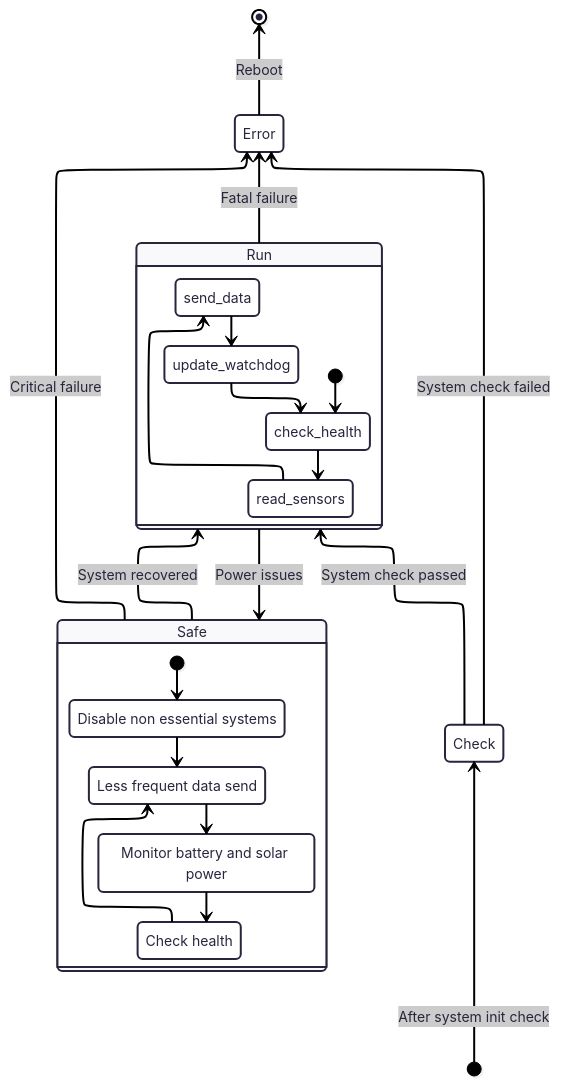
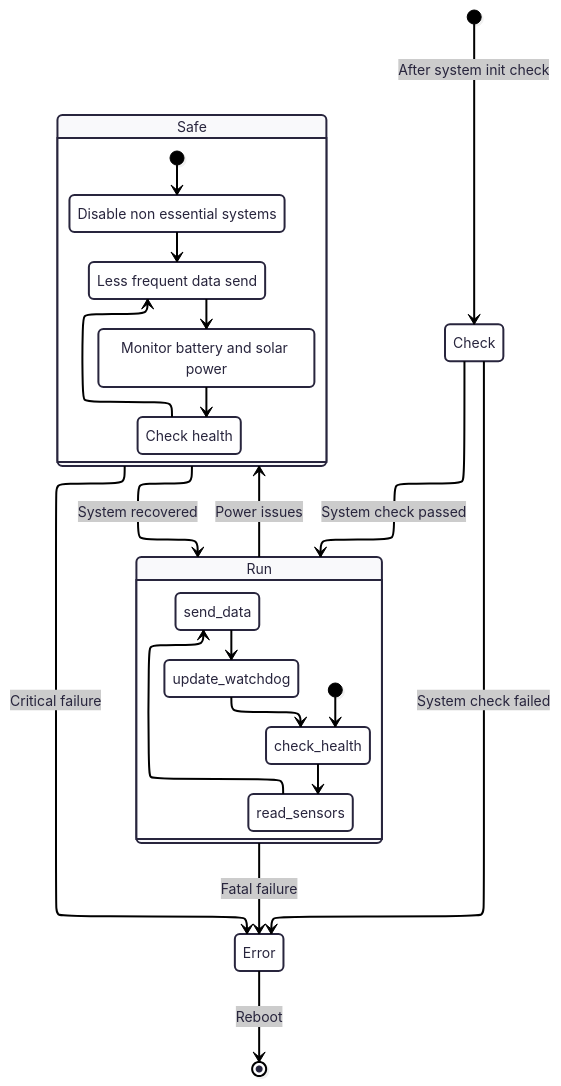
Before and after one commit to o7raven/parada2-firmware: the diagram in logic_diagrams/state_machine.md, drawn with Mermaid.

Commit message:
direction changed

````diff
--- a/logic_diagrams/state_machine.md
+++ b/logic_diagrams/state_machine.md
@@ -5,46 +5,46 @@
 ```mermaid
 ---
 config:
   theme: redux
   layout: elk
 ---
 stateDiagram
-  direction BT
+  direction TB
   state Run {
     direction TB
     [*] --> check_health
     check_health --> read_sensors
     read_sensors --> send_data
     send_data --> update_watchdog
     update_watchdog --> check_health
 [*]    check_health
     read_sensors
     send_data
     update_watchdog
   }
   state Safe {
     direction TB
     [*] --> nes
     nes --> lfl
     lfl --> mbs
     mbs --> chh
     chh --> lfl
 [*]    nes
     lfl
     mbs
     chh
   }
   [*] --> Check:After system init check
   Check --> Run:System check passed
   Check --> Error:System check failed
   Run --> Safe:Power issues
   Run --> Error:Fatal failure
   Safe --> Error:Critical failure
   Safe --> Run:System recovered
   Error --> [*]:Reboot
   nes:Disable non essential systems
   lfl:Less frequent data send
   mbs:Monitor battery and solar power
   chh:Check health
 
 ```
````
